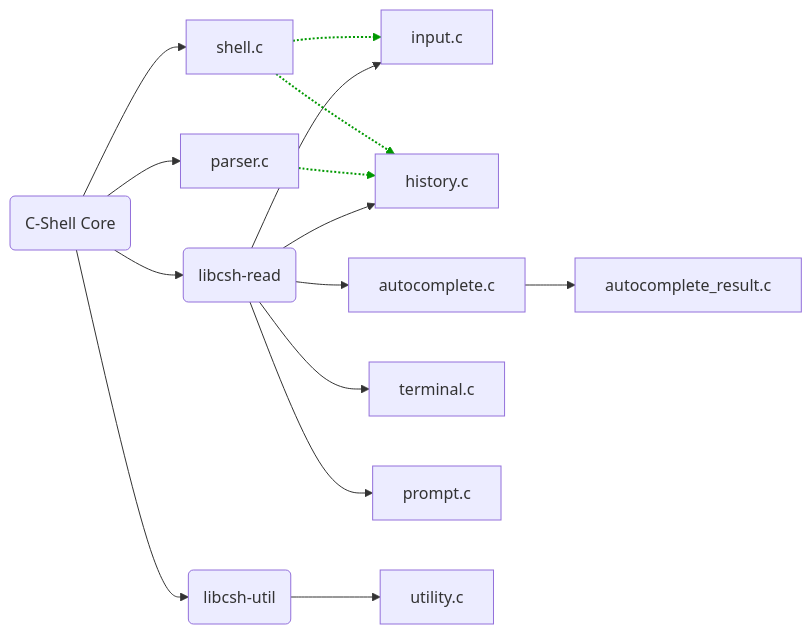
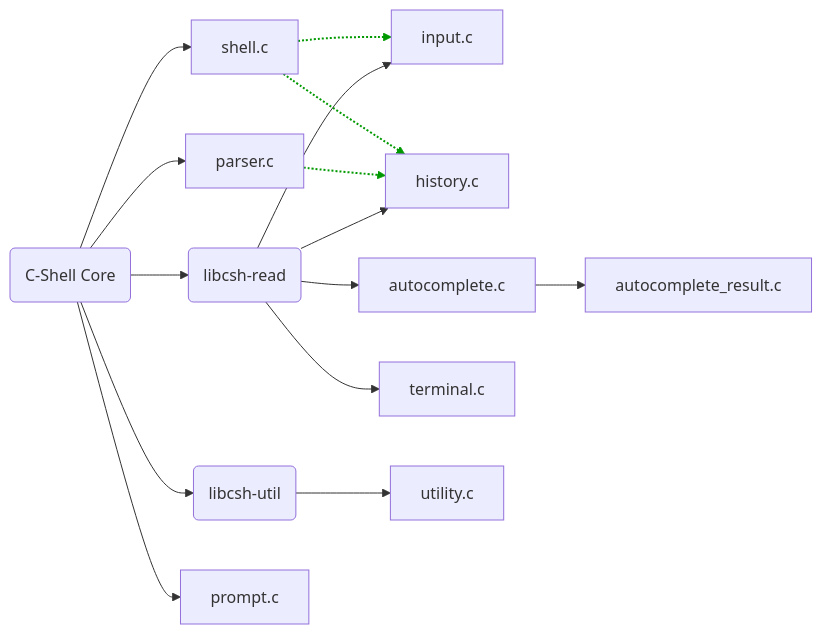
One commit to messatsuu/c-shell changed the diagram in README.md. Above: the diagram before and after it, drawn with Mermaid. The commit also changed 6 other files, not shown here.

````diff
--- a/README.md
+++ b/README.md
@@ -29,23 +29,23 @@
 ```mermaid
 graph LR
     csh(C-Shell Core) --> libcsh-r(libcsh-read)
 	csh(C-Shell Core) --> libcsh-util(libcsh-util)
 	
 	csh --> shell.c
 	csh --> parser.c
+    csh --> prompt.c
 	
     libcsh-r --> input.c
 	libcsh-r --> history.c
     libcsh-r --> autocomplete.c
     libcsh-r --> terminal.c
-    libcsh-r --> prompt.c
 	autocomplete.c --> autocomplete_result.c
 	
 	shell.c -.-> input.c
 	parser.c -.-> history.c
 	shell.c -.-> history.c
 
 	libcsh-util --> utility.c
 	
     linkStyle 10,11,12 stroke:#090,stroke-width:2px
 ```
````
